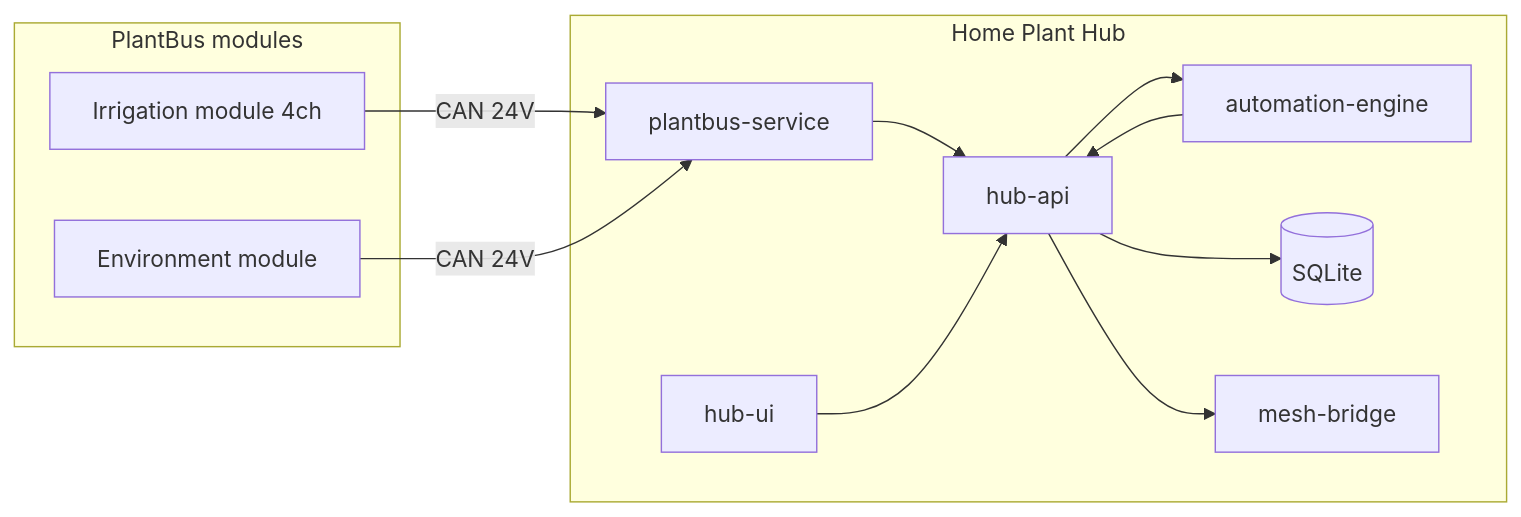
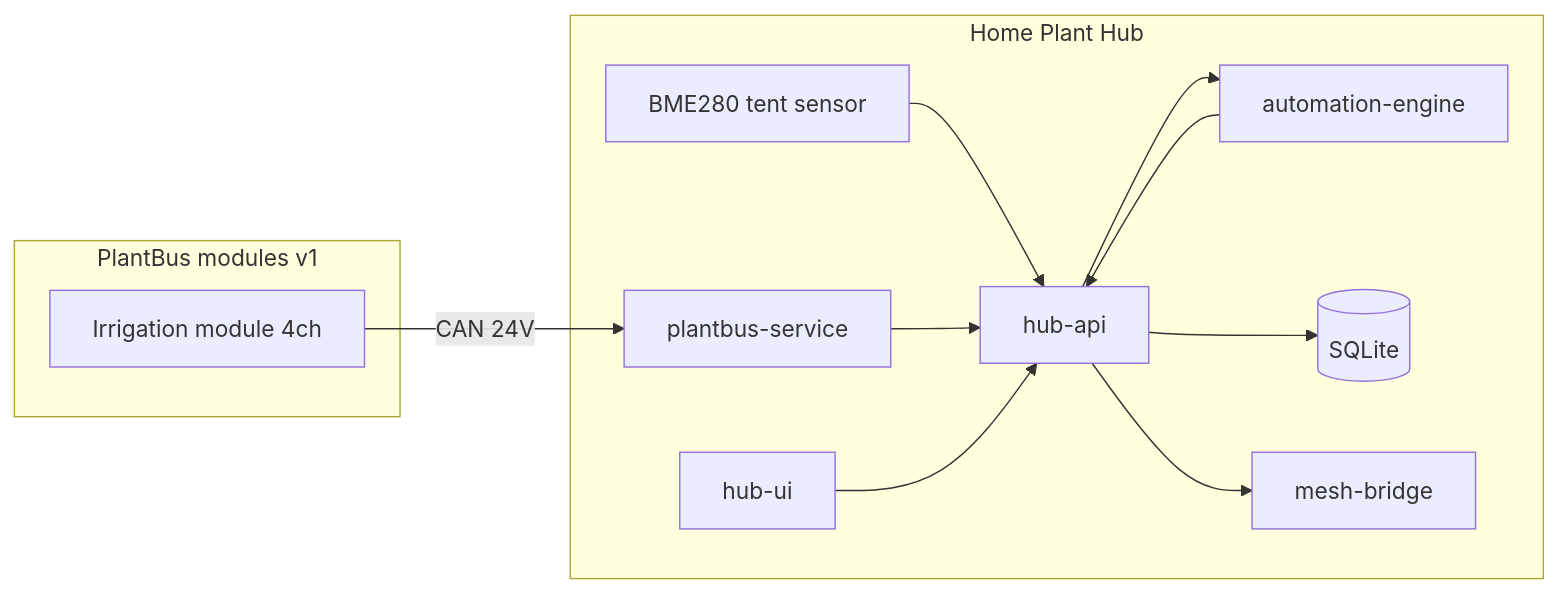
One commit to danalexilewis/plant-ark changed the second of 2 diagrams in docs/architecture/system-architecture.md. Above: the diagram before and after it, drawn with Mermaid. The commit also changed other lines of this file and 36 other files, not shown here.

````diff
--- a/docs/architecture/system-architecture.md
+++ b/docs/architecture/system-architecture.md
@@ -69,25 +69,25 @@
 ```mermaid
 flowchart LR
-    subgraph modules [PlantBus modules]
+    subgraph modules [PlantBus modules v1]
         IM[Irrigation module 4ch]
-        EM[Environment module]
     end
 
     subgraph hub [Home Plant Hub]
+        BME[BME280 tent sensor]
         PBS[plantbus-service]
         API[hub-api]
         AUTO[automation-engine]
         UI[hub-ui]
         DB[(SQLite)]
         MESH[mesh-bridge]
     end
 
     IM -->|CAN 24V| PBS
-    EM -->|CAN 24V| PBS
+    BME --> API
     PBS --> API
     API --> AUTO
     API --> DB
     AUTO --> API
     UI --> API
     API --> MESH
 ```
````
